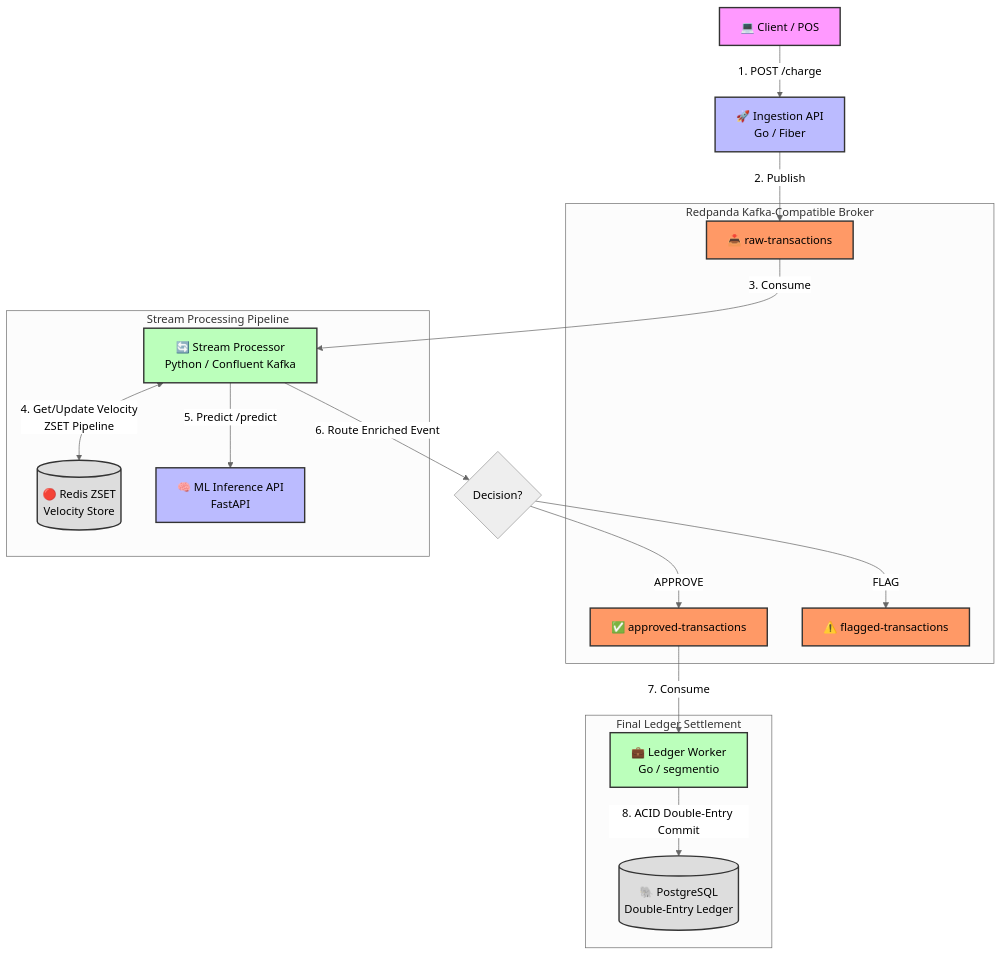
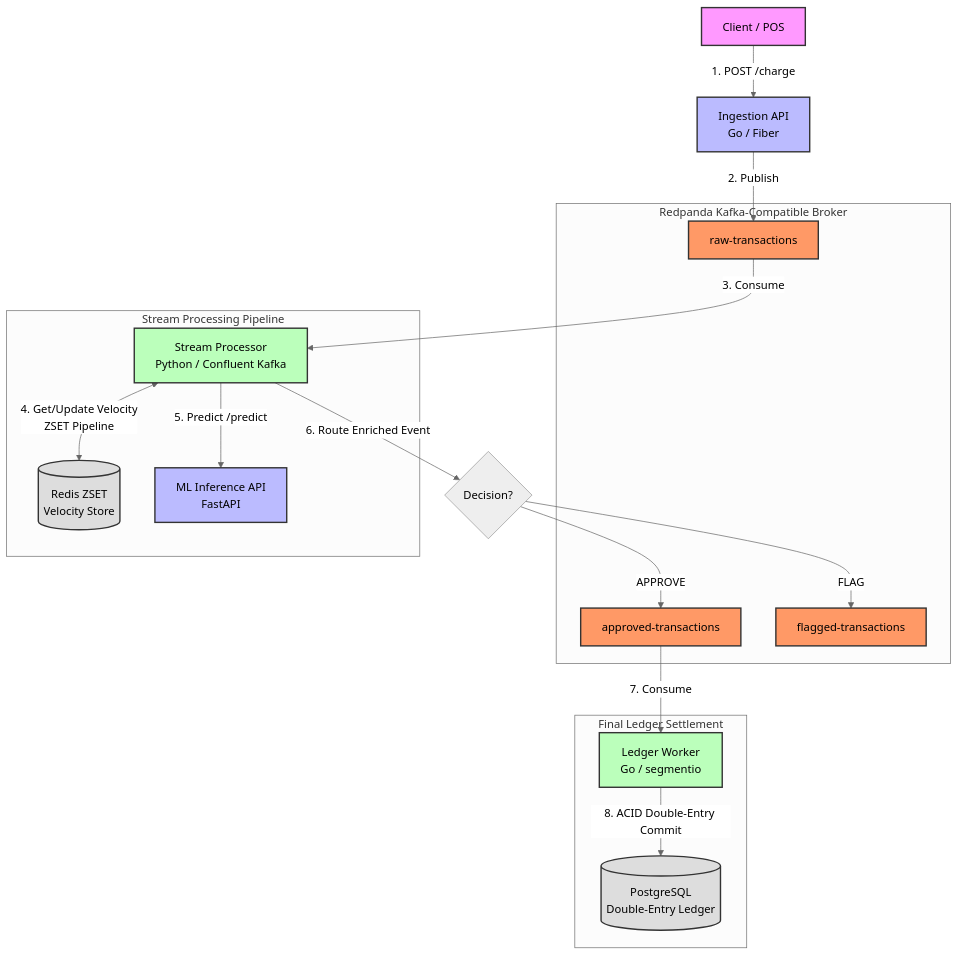
One commit to SushanthKS06/AegisStream changed the diagram in README.md. Above: the diagram before and after it, drawn with Mermaid (neutral theme). The commit also changed other lines of this file, not shown here.

````diff
--- a/README.md
+++ b/README.md
@@ -21,47 +21,47 @@
 ```mermaid
 flowchart TD
     %% Styling
     classDef client fill:#f9f,stroke:#333,stroke-width:2px;
     classDef api fill:#bbf,stroke:#333,stroke-width:2px;
     classDef queue fill:#f96,stroke:#333,stroke-width:2px;
     classDef worker fill:#bfb,stroke:#333,stroke-width:2px;
     classDef storage fill:#ddd,stroke:#333,stroke-width:2px;
 
-    Client[💻 Client / POS] -->|1. POST /charge| IngestionAPI[🚀 Ingestion API <br/> Go / Fiber]
+    Client[Client / POS] -->|1. POST /charge| IngestionAPI[Ingestion API <br/> Go / Fiber]
     
     subgraph Event Broker [Redpanda Kafka-Compatible Broker]
-        RawTopic[📥 raw-transactions]
-        ApproveTopic[✅ approved-transactions]
-        FlagTopic[⚠️ flagged-transactions]
+        RawTopic[raw-transactions]
+        ApproveTopic[approved-transactions]
+        FlagTopic[flagged-transactions]
     end
     
     IngestionAPI -->|2. Publish| RawTopic
     
     subgraph Stream Processing Pipeline
-        Processor[🔄 Stream Processor <br/> Python / Confluent Kafka]
-        FeatureStore[(🔴 Redis ZSET <br/> Velocity Store)]
-        MLServing[🧠 ML Inference API <br/> FastAPI]
+        Processor[Stream Processor <br/> Python / Confluent Kafka]
+        FeatureStore[(Redis ZSET <br/> Velocity Store)]
+        MLServing[ML Inference API <br/> FastAPI]
     end
     
     RawTopic -->|3. Consume| Processor
     Processor <-->|4. Get/Update Velocity <br/> ZSET Pipeline| FeatureStore
     Processor -->|5. Predict /predict| MLServing
     
     Processor -->|6. Route Enriched Event| TargetTopic{Decision?}
     TargetTopic -->|APPROVE| ApproveTopic
     TargetTopic -->|FLAG| FlagTopic
     
     subgraph Final Ledger Settlement
-        LedgerWorker[💼 Ledger Worker <br/> Go / segmentio]
-        Postgres[(🐘 PostgreSQL <br/> Double-Entry Ledger)]
+        LedgerWorker[Ledger Worker <br/> Go / segmentio]
+        Postgres[(PostgreSQL <br/> Double-Entry Ledger)]
     end
     
     ApproveTopic -->|7. Consume| LedgerWorker
     LedgerWorker -->|8. ACID Double-Entry Commit| Postgres
 
     class Client client;
     class IngestionAPI,MLServing api;
     class RawTopic,ApproveTopic,FlagTopic queue;
     class Processor,LedgerWorker worker;
     class FeatureStore,Postgres storage;
 ```
````
